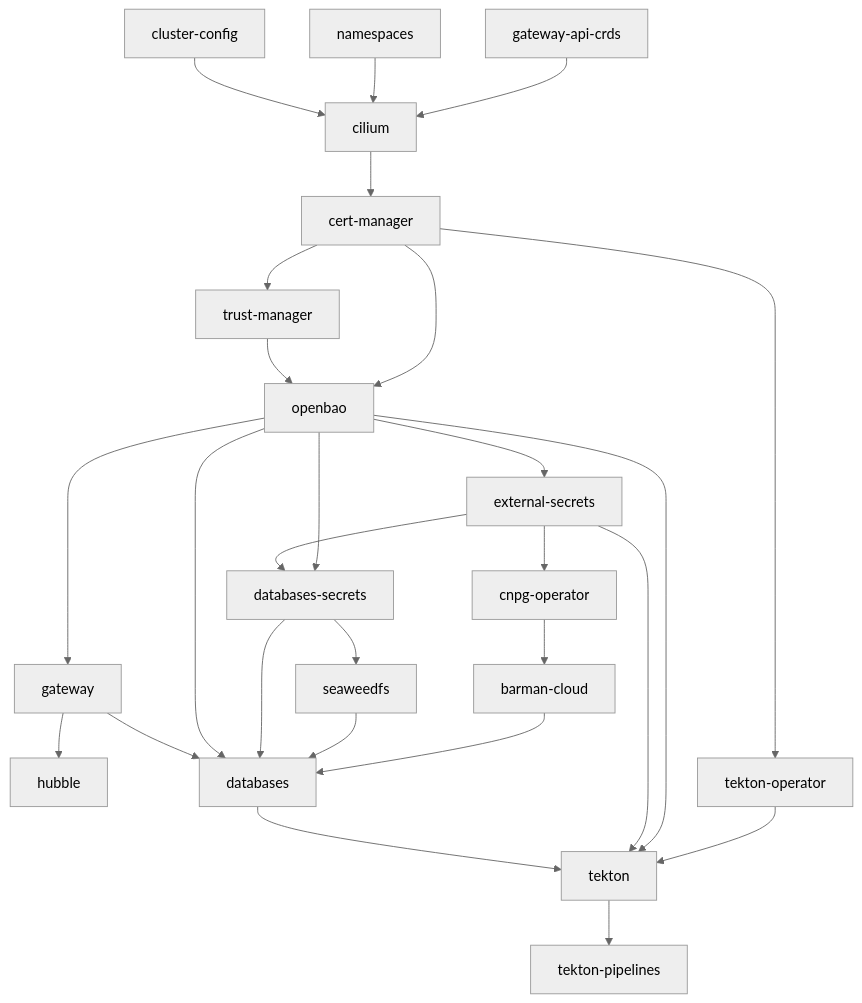
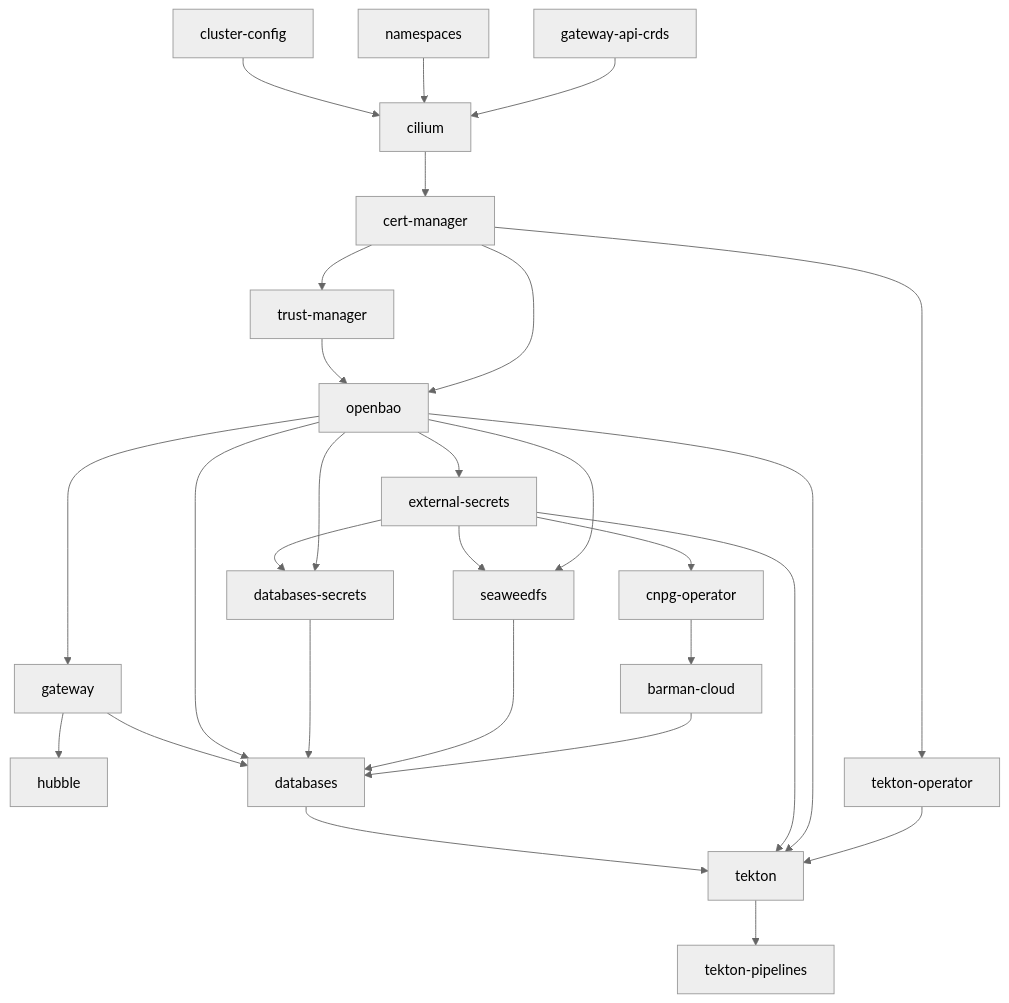
Before and after one commit to DragonBishop/data_science_cluster: the diagram in docs/INSTALLATION.md, drawn with Mermaid (neutral theme). The commit also changed other lines of this file and 16 other files, not shown here.

````diff
--- a/docs/INSTALLATION.md
+++ b/docs/INSTALLATION.md
@@ -355,39 +355,40 @@
 ```mermaid
 flowchart TD
     %% Base Foundations
     crds["gateway-api-crds"] --> cilium["cilium"]
     ns["namespaces"] --> cilium
     cc["cluster-config"] --> cilium
 
     %% Core Services & PKI
     cilium --> certmgr["cert-manager"]
     certmgr --> trustmgr["trust-manager"]
     certmgr --> openbao["openbao"]
     trustmgr --> openbao
 
     %% Platform Services
     openbao --> eso["external-secrets"]
     eso --> cnpg["cnpg-operator"]
     cnpg --> barman["barman-cloud"]
 
     openbao --> gw["gateway"]
     gw --> hubble["hubble"]
 
     %% Applications
     openbao --> dbsecrets["databases-secrets"]
     eso --> dbsecrets
-    dbsecrets --> seaweedfs["seaweedfs"]
+    openbao --> seaweedfs["seaweedfs"]
+    eso --> seaweedfs
     barman --> db["databases"]
     seaweedfs --> db
     dbsecrets --> db
     openbao --> db
     gw --> db
 
     %% CI
     certmgr --> tektonop["tekton-operator"]
     tektonop --> tekton["tekton"]
     openbao --> tekton
     eso --> tekton
     db --> tekton
     tekton --> tektonpipelines["tekton-pipelines"]
 ```
````
